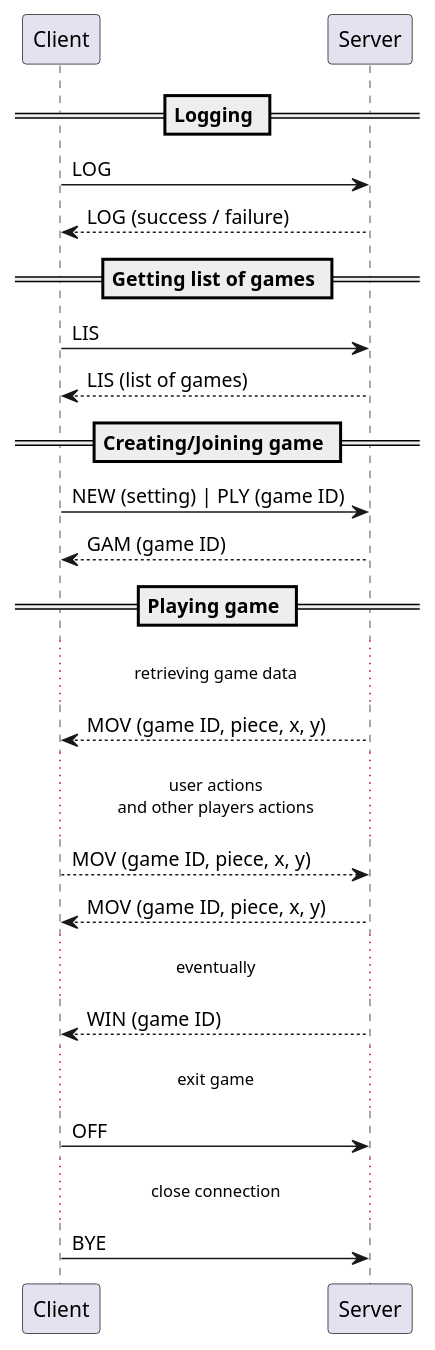
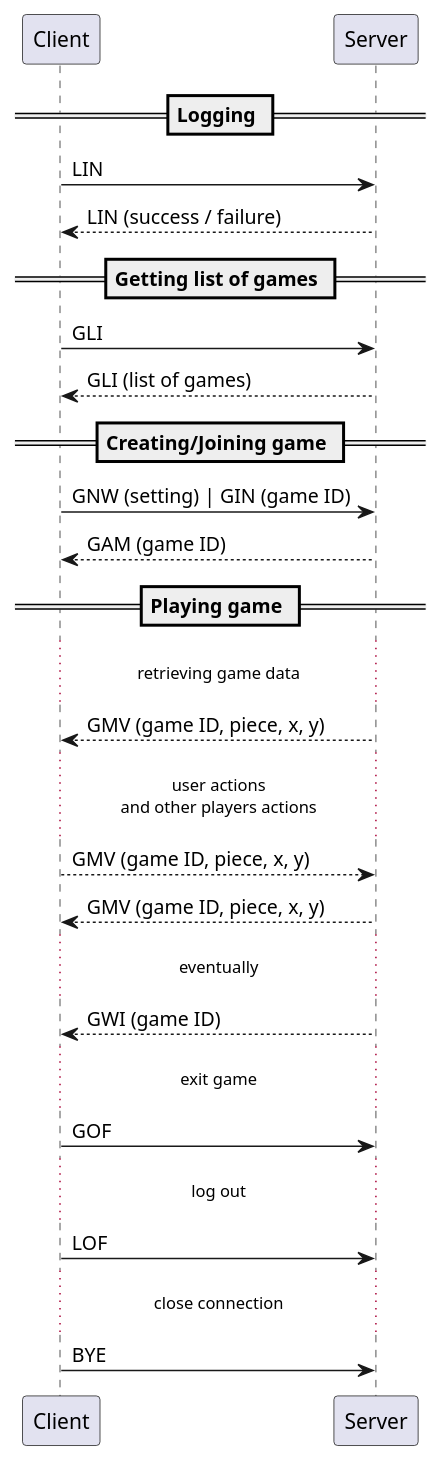
One commit to Hartrik/KIV-UPS changed the diagram in doc/sequence-diagram.puml. Above: the diagram before and after it, drawn with PlantUML. The commit also changed 1 other file, not shown here.

Commit message:
Update diagrams

```diff
--- a/doc/sequence-diagram.puml
+++ b/doc/sequence-diagram.puml
@@ -1,41 +1,45 @@
 @startuml
 
 == Logging ==
 
-Client -> Server: LOG
-Client <-- Server: LOG (success / failure)
+Client -> Server: LIN
+Client <-- Server: LIN (success / failure)
 
 == Getting list of games ==
 
-Client -> Server: LIS
-Client <-- Server: LIS (list of games)
+Client -> Server: GLI
+Client <-- Server: GLI (list of games)
 
 == Creating/Joining game ==
 
-Client -> Server: NEW (setting) | PLY (game ID)
+Client -> Server: GNW (setting) | GIN (game ID)
 Client <-- Server: GAM (game ID)
 
 == Playing game ==
 
 ...retrieving game data...
 
-Client <-- Server: MOV (game ID, piece, x, y)
+Client <-- Server: GMV (game ID, piece, x, y)
 
 ...user actions\nand other players actions...
 
-Client --> Server: MOV (game ID, piece, x, y)
-Client <-- Server: MOV (game ID, piece, x, y)
+Client --> Server: GMV (game ID, piece, x, y)
+Client <-- Server: GMV (game ID, piece, x, y)
 
 ...eventually...
 
-Client <-- Server: WIN (game ID)
+Client <-- Server: GWI (game ID)
 
 ...exit game...
 
-Client -> Server: OFF
+Client -> Server: GOF
+
+...log out...
+
+Client -> Server: LOF
 
 ...close connection...
 
 Client -> Server: BYE
 
 @enduml
```
